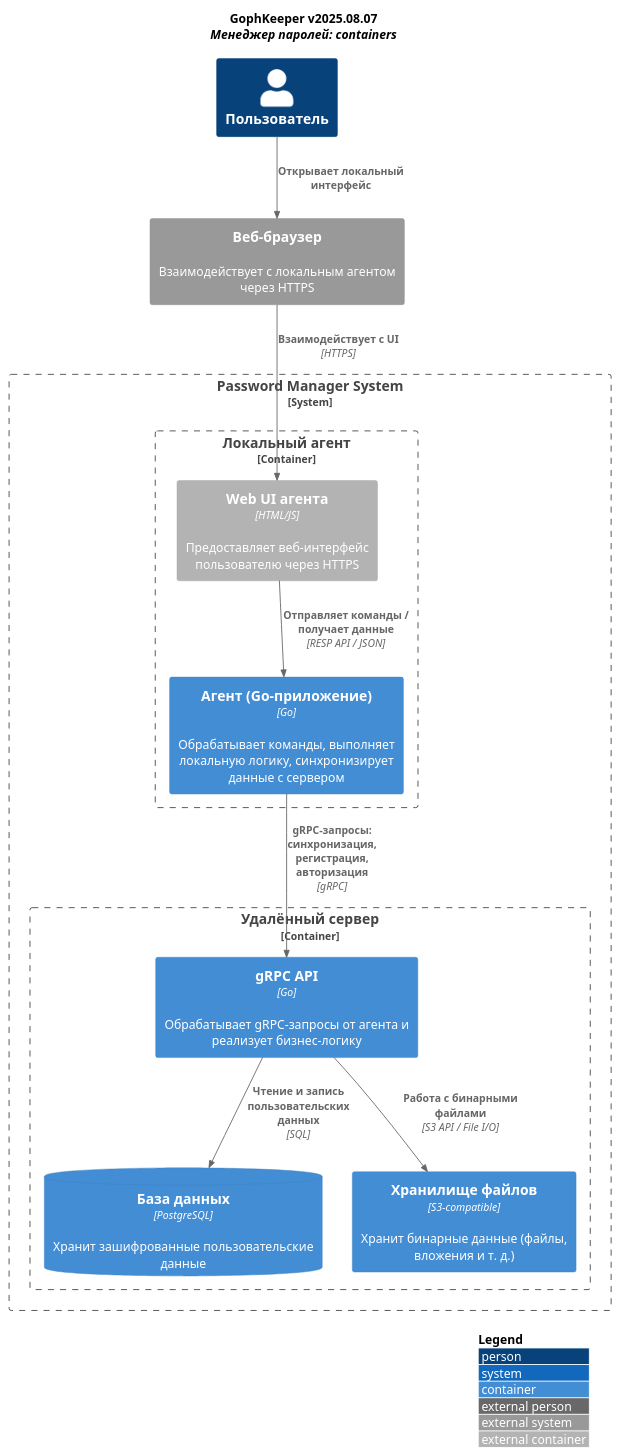
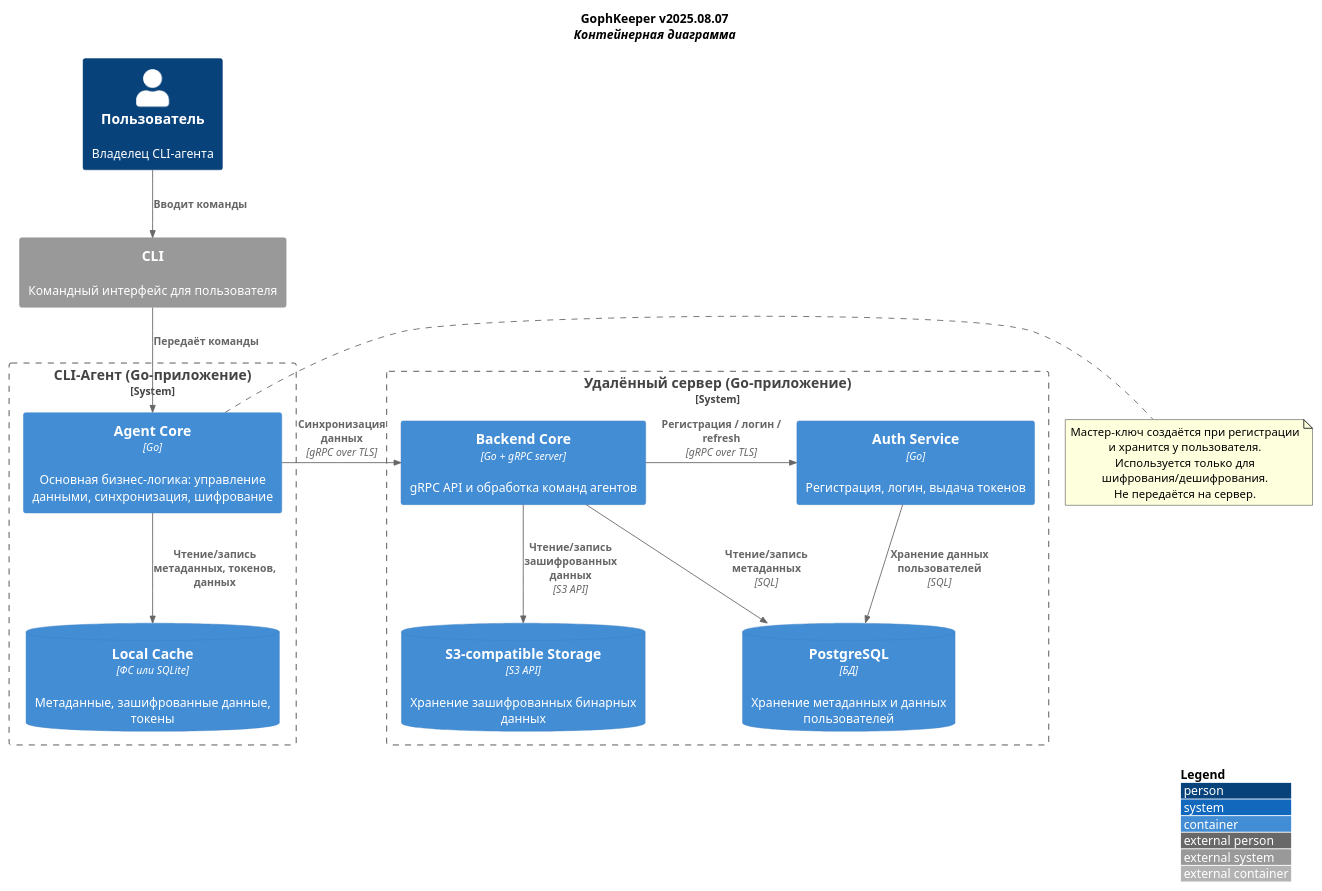
One commit to talx-hub/gophkeeper changed the diagram in c4-container-view.puml. Above: the diagram before and after it, drawn with PlantUML. The commit also changed 3 other files, not shown here.

Commit message:
refactor(docs): use cli instead of web UI

```diff
--- a/c4-container-view.puml
+++ b/c4-container-view.puml
@@ -1,40 +1,49 @@
 @startuml
 !include https://raw.githubusercontent.com/plantuml-stdlib/C4-PlantUML/master/C4_Container.puml
 
 skinparam wrapWidth 300
 LAYOUT_WITH_LEGEND()
+LAYOUT_TOP_DOWN()
 
 title
   <b>GophKeeper v2025.08.07</b>
-  <i>Менеджер паролей: containers</i>
+  <i>Контейнерная диаграмма</i>
 end title
 
-Person(user, "Пользователь")
-System_Ext(browser, "Веб-браузер", "Взаимодействует с локальным агентом через HTTPS")
+Person(user, "Пользователь", "Владелец CLI-агента")
+System_Ext(cli_ui, "CLI", "Командный интерфейс для пользователя")
 
-System_Boundary(password_manager_system, "Password Manager System") {
-
-    Container_Boundary(local_agent, "Локальный агент") {
-        Container_Ext(agent_web_ui, "Web UI агента", "HTML/JS", "Предоставляет веб-интерфейс пользователю через HTTPS")
-        Container(agent_service, "Агент (Go-приложение)", "Go", "Обрабатывает команды, выполняет локальную логику, синхронизирует данные с сервером")
-
-        Rel(agent_web_ui, agent_service, "Отправляет команды / получает данные", "RESP API / JSON")
-    }
-    Container_Boundary(remote_backend, "Удалённый сервер") {
-        Container(api_server, "gRPC API", "Go", "Обрабатывает gRPC-запросы от агента и реализует бизнес-логику")
-        ContainerDb(database, "База данных", "PostgreSQL", "Хранит зашифрованные пользовательские данные")
-        Container(file_storage, "Хранилище файлов", "S3-compatible", "Хранит бинарные данные (файлы, вложения и т. д.)")
-
-        Rel(api_server, database, "Чтение и запись пользовательских данных", "SQL")
-        Rel(api_server, file_storage, "Работа с бинарными файлами", "S3 API / File I/O")
-    }
-
-    Rel(agent_service, api_server, "gRPC-запросы: синхронизация, регистрация, авторизация", "gRPC")
+' ===== CLI-Агент =====
+System_Boundary(cli_agent, "CLI-Агент (Go-приложение)") {
+    Container(agent_core, "Agent Core", "Go", "Основная бизнес-логика: управление данными, синхронизация, шифрование")
+    ContainerDb(local_cache, "Local Cache", "ФС или SQLite", "Метаданные, зашифрованные данные, токены")
 }
 
-Rel(user, browser, "Открывает локальный интерфейс")
-Rel(browser, agent_web_ui, "Взаимодействует с UI", "HTTPS")
+' ===== Удалённый сервер =====
+System_Boundary(server, "Удалённый сервер (Go-приложение)") {
+    Container(backend_core, "Backend Core", "Go + gRPC server", "gRPC API и обработка команд агентов")
+    Container(auth_service, "Auth Service", "Go", "Регистрация, логин, выдача токенов")
+    ContainerDb(pg_db, "PostgreSQL", "БД", "Хранение метаданных и данных пользователей")
+    ContainerDb(s3, "S3-compatible Storage", "S3 API", "Хранение зашифрованных бинарных данных")
+}
 
+Rel(user, cli_ui, "Вводит команды")
 
+Rel_D(cli_ui, agent_core, "Передаёт команды")
+Rel(agent_core, local_cache, "Чтение/запись метаданных, токенов, данных")
+
+Rel_R(agent_core, backend_core, "Синхронизация данных", "gRPC over TLS")
+
+Rel(backend_core, pg_db, "Чтение/запись метаданных", "SQL")
+Rel(backend_core, s3, "Чтение/запись зашифрованных данных", "S3 API")
+Rel(auth_service, pg_db, "Хранение данных пользователей", "SQL")
+Rel_R(backend_core, auth_service, "Регистрация / логин / refresh", "gRPC over TLS")
+
+Note right of agent_core
+  Мастер-ключ создаётся при регистрации
+  и хранится у пользователя.
+  Используется только для шифрования/дешифрования.
+  Не передаётся на сервер.
+end note
 
 @enduml
```
